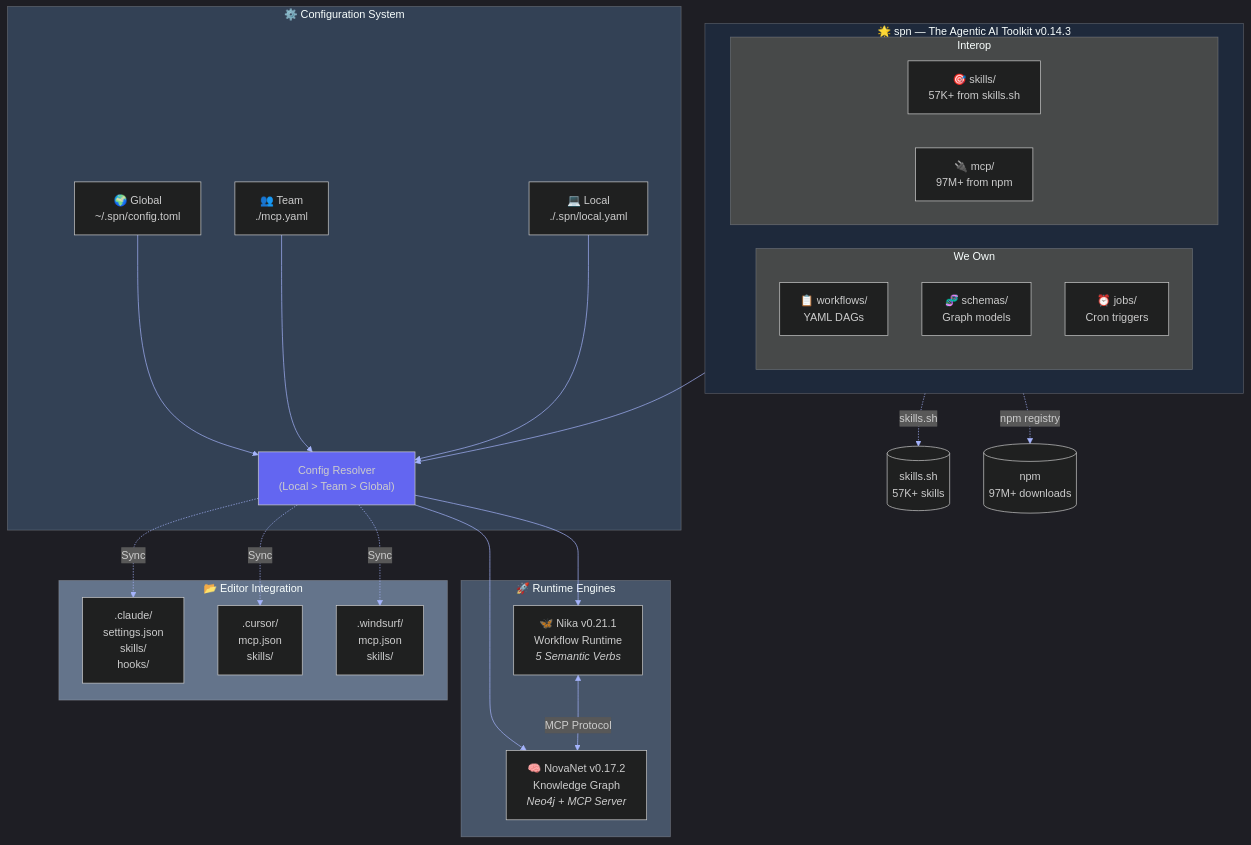
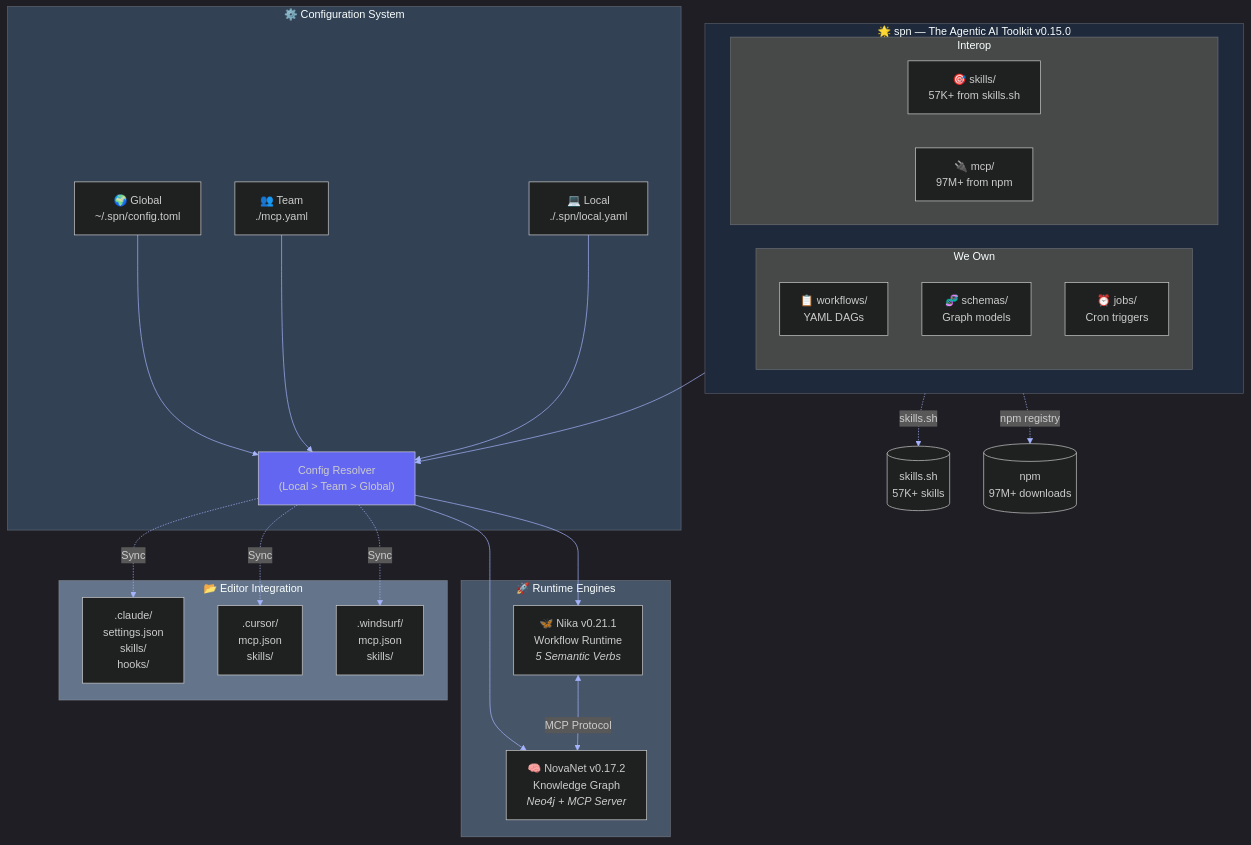
The seventh of 7 diagrams in README.md (supernovae-st/supernovae-cli), drawn with Mermaid before and after one commit. The commit also changed other lines of this file, not shown here.

````diff
--- a/README.md
+++ b/README.md
@@ -2376,56 +2376,56 @@
 ```mermaid
 %%{init: {'theme': 'dark', 'themeVariables': { 'primaryColor': '#6366f1', 'primaryTextColor': '#fff', 'primaryBorderColor': '#818cf8', 'lineColor': '#a5b4fc', 'secondaryColor': '#1e1b4b', 'tertiaryColor': '#312e81'}}}%%
 flowchart TB
-    subgraph SPN["🌟 spn — The Agentic AI Toolkit v0.14.3"]
+    subgraph SPN["🌟 spn — The Agentic AI Toolkit v0.15.0"]
         direction LR
         subgraph OWNED["We Own"]
             W["📋 workflows/<br/>YAML DAGs"]
             S["🧬 schemas/<br/>Graph models"]
             J["⏰ jobs/<br/>Cron triggers"]
         end
         subgraph INTEROP["Interop"]
             SK["🎯 skills/<br/>57K+ from skills.sh"]
             MCP["🔌 mcp/<br/>97M+ from npm"]
         end
     end
 
     subgraph CONFIG["⚙️ Configuration System"]
         GLOBAL["🌍 Global<br/>~/.spn/config.toml"]
         TEAM["👥 Team<br/>./mcp.yaml"]
         LOCAL["💻 Local<br/>./.spn/local.yaml"]
         RESOLVER["Config Resolver<br/>(Local > Team > Global)"]
 
         GLOBAL --> RESOLVER
         TEAM --> RESOLVER
         LOCAL --> RESOLVER
     end
 
     subgraph RUNTIME["🚀 Runtime Engines"]
         NIKA["🦋 Nika v0.21.1<br/>Workflow Runtime<br/><i>5 Semantic Verbs</i>"]
         NOVANET["🧠 NovaNet v0.17.2<br/>Knowledge Graph<br/><i>Neo4j + MCP Server</i>"]
     end
 
     subgraph EDITORS["📂 Editor Integration"]
         CLAUDE[".claude/<br/>settings.json<br/>skills/<br/>hooks/"]
         CURSOR[".cursor/<br/>mcp.json<br/>skills/"]
         WINDSURF[".windsurf/<br/>mcp.json<br/>skills/"]
     end
 
     SPN --> RESOLVER
     RESOLVER --> NIKA
     RESOLVER --> NOVANET
     NIKA <-->|MCP Protocol| NOVANET
 
     RESOLVER -.->|Sync| CLAUDE
     RESOLVER -.->|Sync| CURSOR
     RESOLVER -.->|Sync| WINDSURF
 
     SK -.-> |"skills.sh"| SKILLS[(skills.sh<br/>57K+ skills)]
     MCP -.-> |"npm registry"| NPM[(npm<br/>97M+ downloads)]
 
     style SPN fill:#1e293b
     style CONFIG fill:#334155
     style RUNTIME fill:#475569
     style EDITORS fill:#64748b
     style RESOLVER fill:#6366f1
 ```
````
